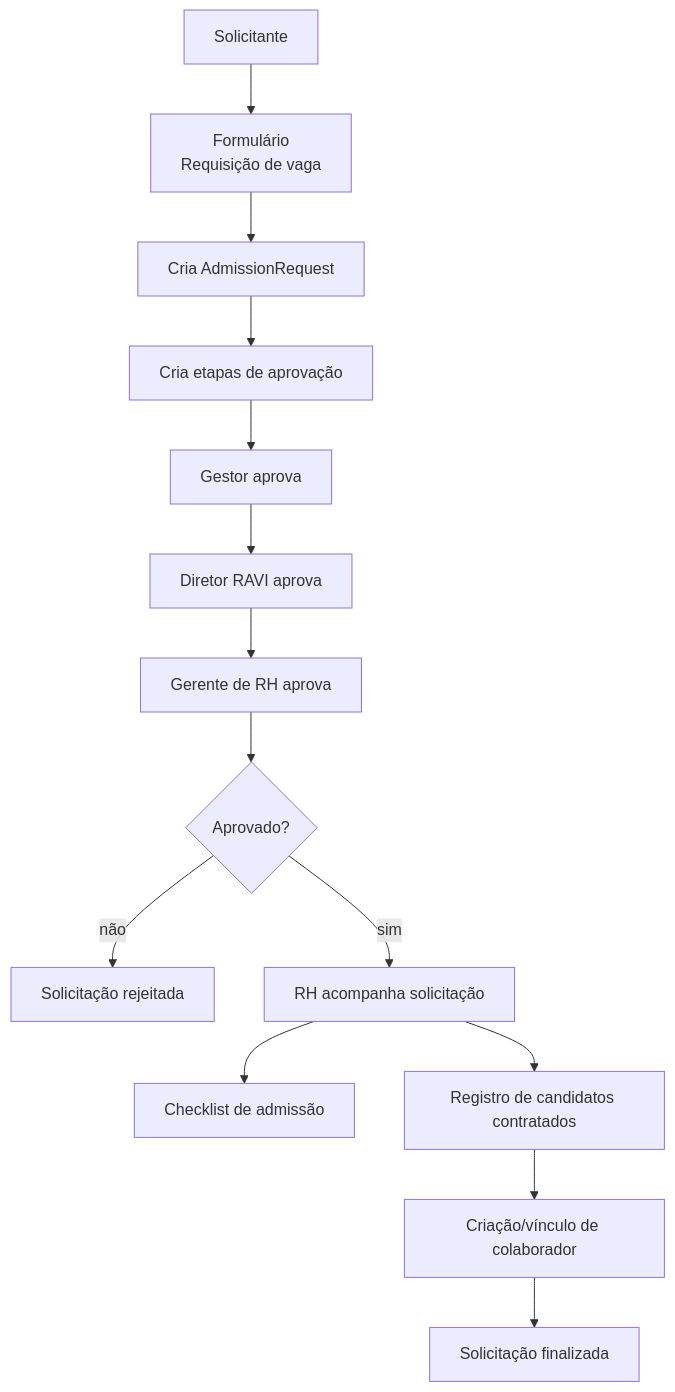
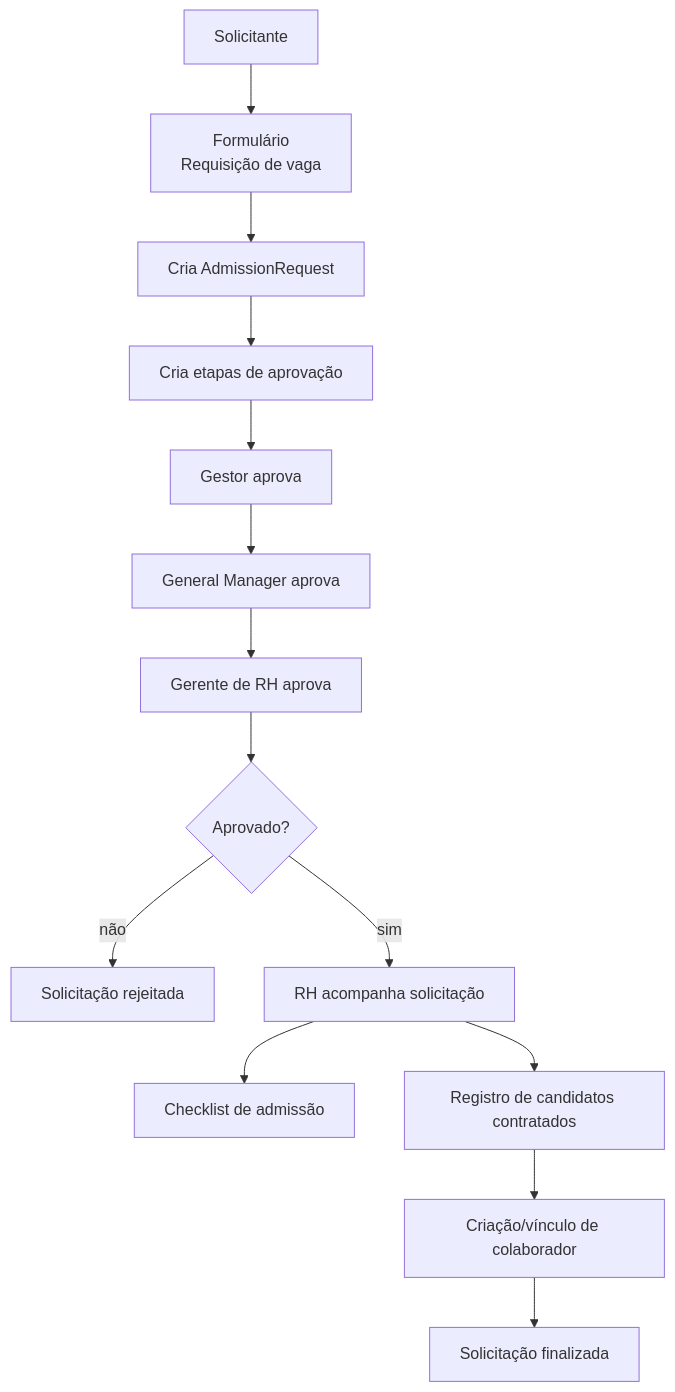
Before and after one commit to Wasion-it/Sistema_de_pesquisas: the sixth of 10 diagrams in DESENHO_ARQUITETURA.md, drawn with Mermaid. The commit also changed other lines of this file and 55 other files, not shown here.

Commit message:
✨ feat: update approval labels to standardize 'Diretor Ravi' to 'General Manager' across the application

````diff
--- a/DESENHO_ARQUITETURA.md
+++ b/DESENHO_ARQUITETURA.md
@@ -133,19 +133,19 @@
 ```mermaid
 flowchart TB
     solicitante[Solicitante] --> form[Formulário<br/>Requisição de vaga]
     form --> create[Cria AdmissionRequest]
     create --> workflow[Cria etapas de aprovação]
 
     workflow --> gestor[Gestor aprova]
-    gestor --> diretor[Diretor RAVI aprova]
+    gestor --> diretor[General Manager aprova]
     diretor --> rhManager[Gerente de RH aprova]
 
     rhManager --> approved{Aprovado?}
     approved -- não --> rejected[Solicitação rejeitada]
     approved -- sim --> rh[RH acompanha solicitação]
 
     rh --> checklist[Checklist de admissão]
     rh --> hire[Registro de candidatos contratados]
     hire --> employee[Criação/vínculo de colaborador]
     employee --> finalized[Solicitação finalizada]
 ```
````
